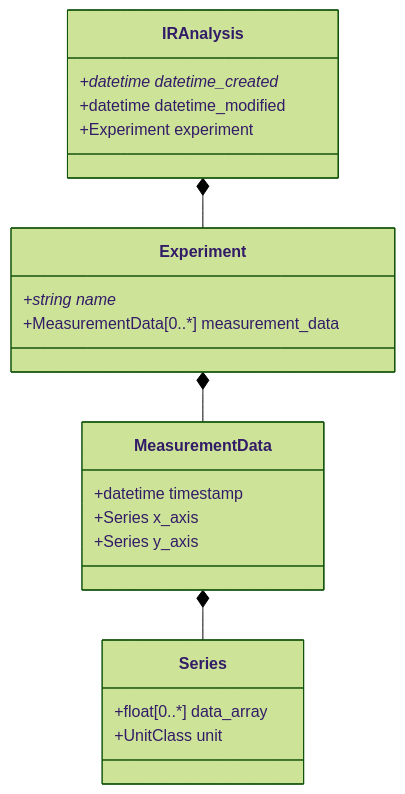
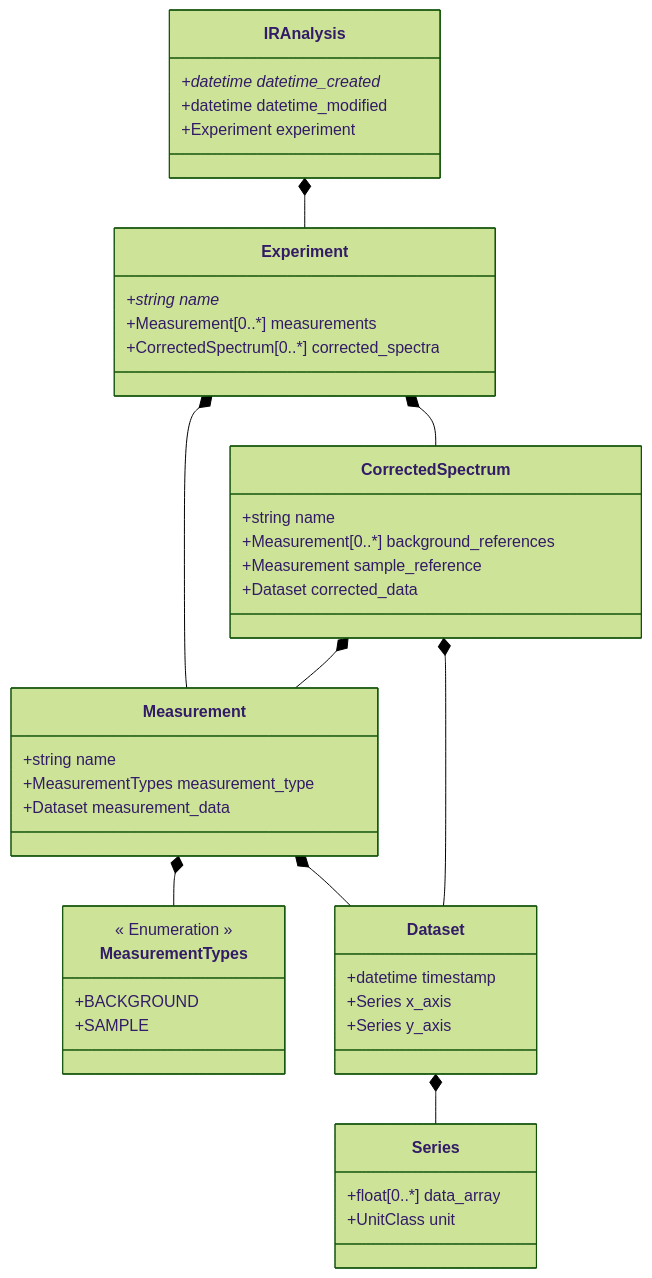
Before and after one commit to FAIRChemistry/IRAnalysis: the diagram in datamodel/schemes/datamodel_schema.md, drawn with Mermaid (forest theme). The commit also changed 7 other files, not shown here.

````diff
--- a/datamodel/schemes/datamodel_schema.md
+++ b/datamodel/schemes/datamodel_schema.md
@@ -1,29 +1,54 @@
 ```mermaid
 classDiagram
     IRAnalysis *-- Experiment
-    Experiment *-- MeasurementData
-    MeasurementData *-- Series
+    Experiment *-- Measurement
+    Experiment *-- CorrectedSpectrum
+    Measurement *-- MeasurementTypes
+    Measurement *-- Dataset
+    CorrectedSpectrum *-- Measurement
+    CorrectedSpectrum *-- Dataset
+    Dataset *-- Series
     
     class IRAnalysis {
         +datetime datetime_created*
         +datetime datetime_modified
         +Experiment experiment
     }
     
     class Experiment {
         +string name*
-        +MeasurementData[0..*] measurement_data
+        +Measurement[0..*] measurements
+        +CorrectedSpectrum[0..*] corrected_spectra
     }
     
-    class MeasurementData {
+    class Measurement {
+        +string name
+        +MeasurementTypes measurement_type
+        +Dataset measurement_data
+    }
+    
+    class CorrectedSpectrum {
+        +string name
+        +Measurement[0..*] background_references
+        +Measurement sample_reference
+        +Dataset corrected_data
+    }
+    
+    class Dataset {
         +datetime timestamp
         +Series x_axis
         +Series y_axis
     }
     
     class Series {
         +float[0..*] data_array
         +UnitClass unit
     }
     
+    class MeasurementTypes {
+        << Enumeration >>
+        +BACKGROUND
+        +SAMPLE
+    }
+    
 ```
````
